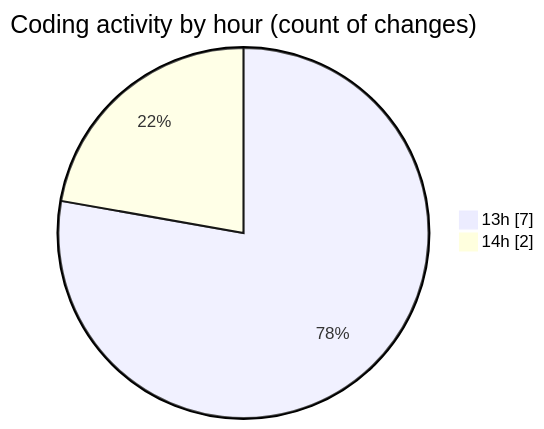
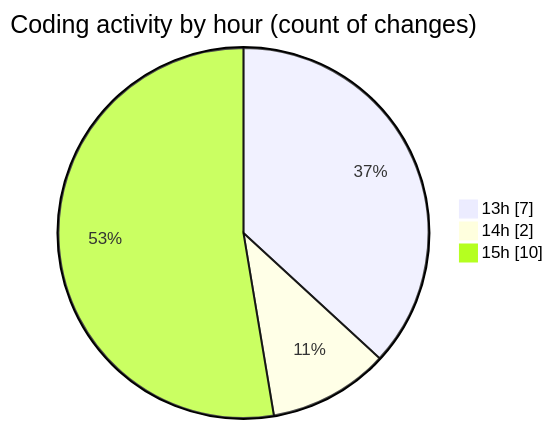
The second of 2 diagrams in 2025-02-24/micros/README.md (charlie-sans/code-tracking), drawn with Mermaid before and after one commit. The commit also changed other lines of this file and 1 other file, not shown here.

````diff
--- a/2025-02-24/micros/README.md
+++ b/2025-02-24/micros/README.md
@@ -33,6 +37,7 @@
 ```mermaid
 pie showData
 title Coding activity by hour (count of changes)
 "13h" : 7
 "14h" : 2
+"15h" : 10
 ```
````
